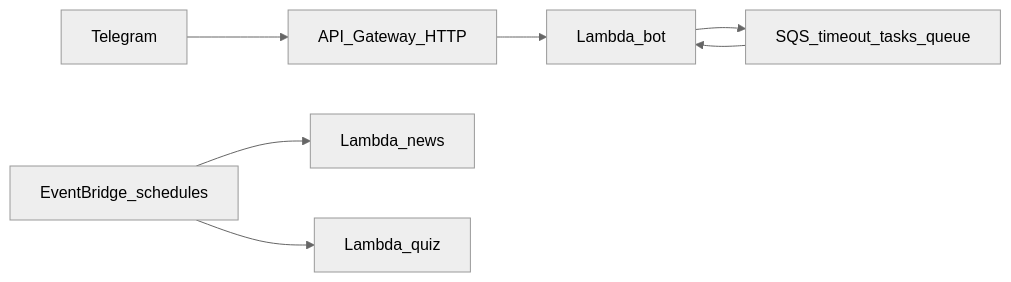
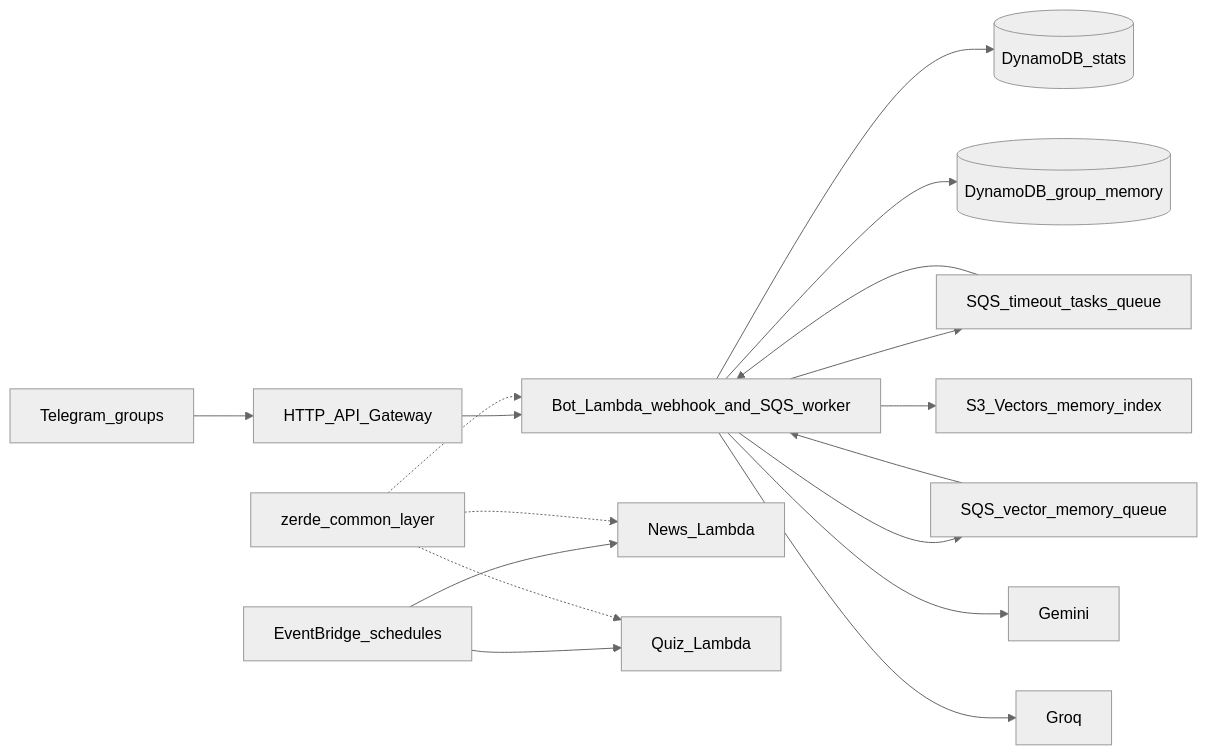
One commit to Bayashat/zerde-serverless-bot changed the diagram in .codex/AGENTS.md. Above: the diagram before and after it, drawn with Mermaid (neutral theme). The commit also changed other lines of this file and 17 other files, not shown here.

````diff
--- a/.codex/AGENTS.md
+++ b/.codex/AGENTS.md
@@ -37,9 +41,19 @@
 ```mermaid
 flowchart LR
-  Telegram[Telegram] --> APIGW[API_Gateway_HTTP]
-  APIGW --> BotLambda[Lambda_bot]
-  BotLambda --> SQS[SQS_timeout_tasks_queue]
-  SQS --> BotLambda
-  EB[EventBridge_schedules] --> NewsLambda[Lambda_news]
-  EB --> QuizLambda[Lambda_quiz]
+  Telegram[Telegram_groups] --> APIGW[HTTP_API_Gateway]
+  APIGW --> BotLambda[Bot_Lambda_webhook_and_SQS_worker]
+  MainQ[SQS_timeout_tasks_queue] --> BotLambda
+  VectorQ[SQS_vector_memory_queue] --> BotLambda
+  BotLambda --> MainQ
+  BotLambda --> VectorQ
+  BotLambda --> Stats[(DynamoDB_stats)]
+  BotLambda --> Memory[(DynamoDB_group_memory)]
+  BotLambda --> S3Vectors[S3_Vectors_memory_index]
+  BotLambda --> Gemini[Gemini]
+  BotLambda --> Groq[Groq]
+  EventBridge[EventBridge_schedules] --> NewsLambda[News_Lambda]
+  EventBridge --> QuizLambda[Quiz_Lambda]
+  Layer[zerde_common_layer] -.-> BotLambda
+  Layer -.-> NewsLambda
+  Layer -.-> QuizLambda
 ```
````
